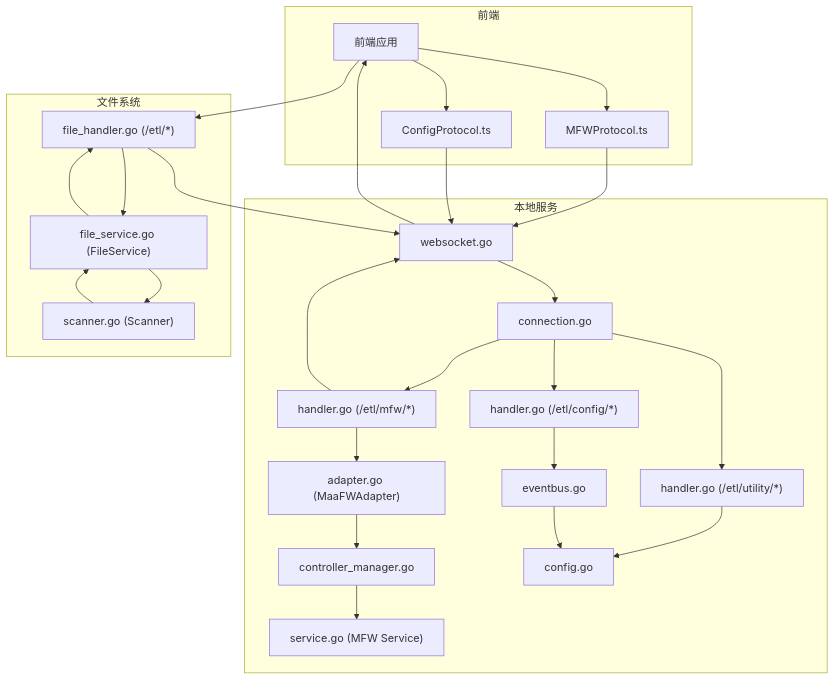
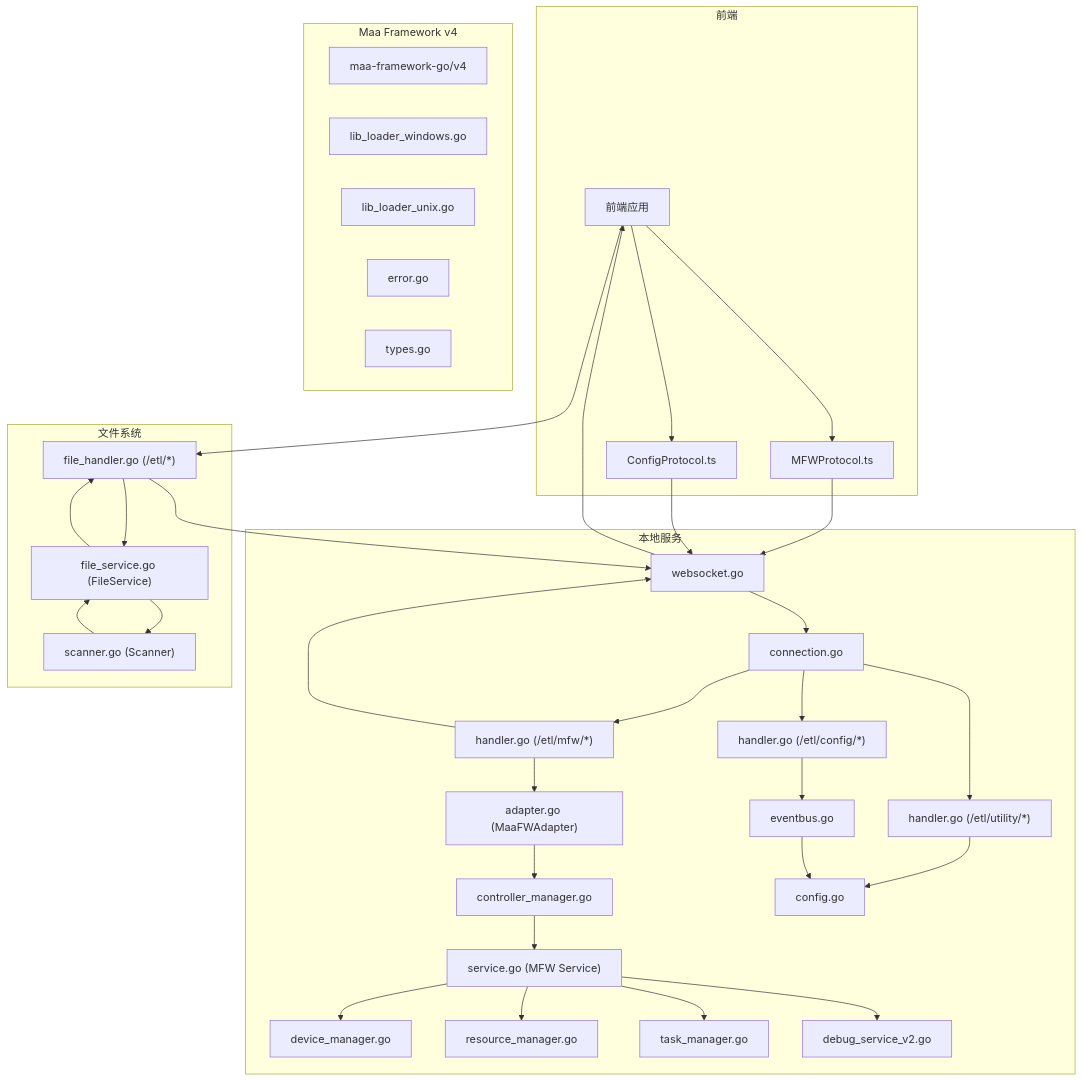
One commit to kqcoxn/MaaPipelineEditor changed the first of 3 diagrams in .qoder/repowiki/zh/content/开发者指南/LocalBridge 通信协议.md. Above: the diagram before and after it, drawn with Mermaid. The commit also changed other lines of this file and 6 other files, not shown here.

````diff
--- a/.qoder/repowiki/zh/content/开发者指南/LocalBridge 通信协议.md
+++ b/.qoder/repowiki/zh/content/开发者指南/LocalBridge 通信协议.md
@@ -65,47 +83,62 @@
 ```mermaid
 graph TB
 subgraph "前端"
 FE["前端应用"]
 MFWP["MFWProtocol.ts"]
 CFGP["ConfigProtocol.ts"]
 end
 subgraph "本地服务"
 WS["websocket.go"]
 CONN["connection.go"]
 MFWH["handler.go (/etl/mfw/*)"]
 ADP["adapter.go (MaaFWAdapter)"]
 CM["controller_manager.go"]
 MS["service.go (MFW Service)"]
+DM["device_manager.go"]
+RM["resource_manager.go"]
+TM["task_manager.go"]
+DS["debug_service_v2.go"]
 UTH["handler.go (/etl/utility/*)"]
 CFGH["handler.go (/etl/config/*)"]
 EB["eventbus.go"]
 CFG["config.go"]
+end
+subgraph "Maa Framework v4"
+MFV4["maa-framework-go/v4"]
+LIBWIN["lib_loader_windows.go"]
+LIBUNIX["lib_loader_unix.go"]
+ERR["error.go"]
+TYPES["types.go"]
 end
 subgraph "文件系统"
 FH["file_handler.go (/etl/*)"]
 FS["file_service.go (FileService)"]
 SC["scanner.go (Scanner)"]
 end
 FE --> MFWP
 FE --> CFGP
 MFWP --> WS
 CFGP --> WS
 WS --> CONN
 CONN --> MFWH
 CONN --> UTH
 CONN --> CFGH
 MFWH --> ADP
 ADP --> CM
 CM --> MS
+MS --> DM
+MS --> RM
+MS --> TM
+MS --> DS
 UTH --> CFG
 CFGH --> EB
 EB --> CFG
 MFWH --> WS
 WS --> FE
 FE --> FH
 FH --> FS
 FS --> SC
 SC --> FS
 FS --> FH
 FH --> WS
 ```
````
